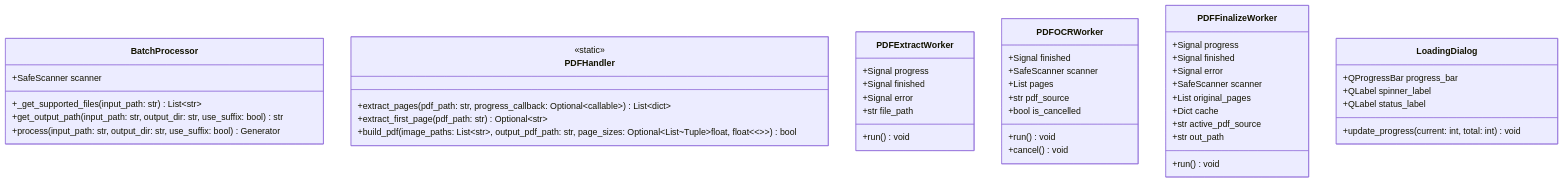
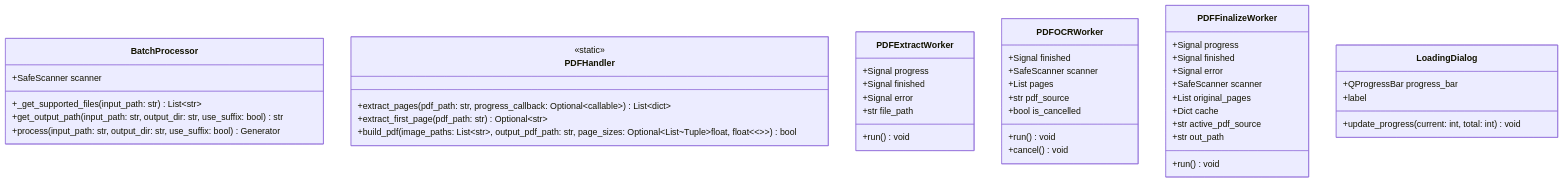
Before and after one commit to FurqanHun/SafeMARC: the second of 3 diagrams in docs/architecture/uml_classes.md, drawn with Mermaid. The commit also changed other lines of this file and 1 other file, not shown here.

First line of the commit message:
docs: smart 1:1 AST sync of architecture diagrams

````diff
--- a/docs/architecture/uml_classes.md
+++ b/docs/architecture/uml_classes.md
@@ -122,55 +125,54 @@
 ```mermaid
 classDiagram
     direction TB
 
     class BatchProcessor {
         +SafeScanner scanner
         +_get_supported_files(input_path: str) List~str~
         +get_output_path(input_path: str, output_dir: str, use_suffix: bool) str
         +process(input_path: str, output_dir: str, use_suffix: bool) Generator
     }
 
     class PDFHandler {
         <<static>>
         +extract_pages(pdf_path: str, progress_callback: Optional~callable~) List~dict~
         +extract_first_page(pdf_path: str) Optional~str~
         +build_pdf(image_paths: List~str~, output_pdf_path: str, page_sizes: Optional~List~Tuple~float, float~~~~) bool
     }
 
     class PDFExtractWorker {
         +Signal progress
         +Signal finished
         +Signal error
         +str file_path
         +run() void
     }
 
         class PDFOCRWorker {
         +Signal finished
         +SafeScanner scanner
         +List pages
         +str pdf_source
         +bool is_cancelled
         +run() void
         +cancel() void
     }
 
     class PDFFinalizeWorker {
         +Signal progress
         +Signal finished
         +Signal error
         +SafeScanner scanner
         +List original_pages
         +Dict cache
         +str active_pdf_source
         +str out_path
         +run() void
     }
 
     class LoadingDialog {
         +QProgressBar progress_bar
-        +QLabel spinner_label
-        +QLabel status_label
         +update_progress(current: int, total: int) void
+        +label
     }
 ```
````
